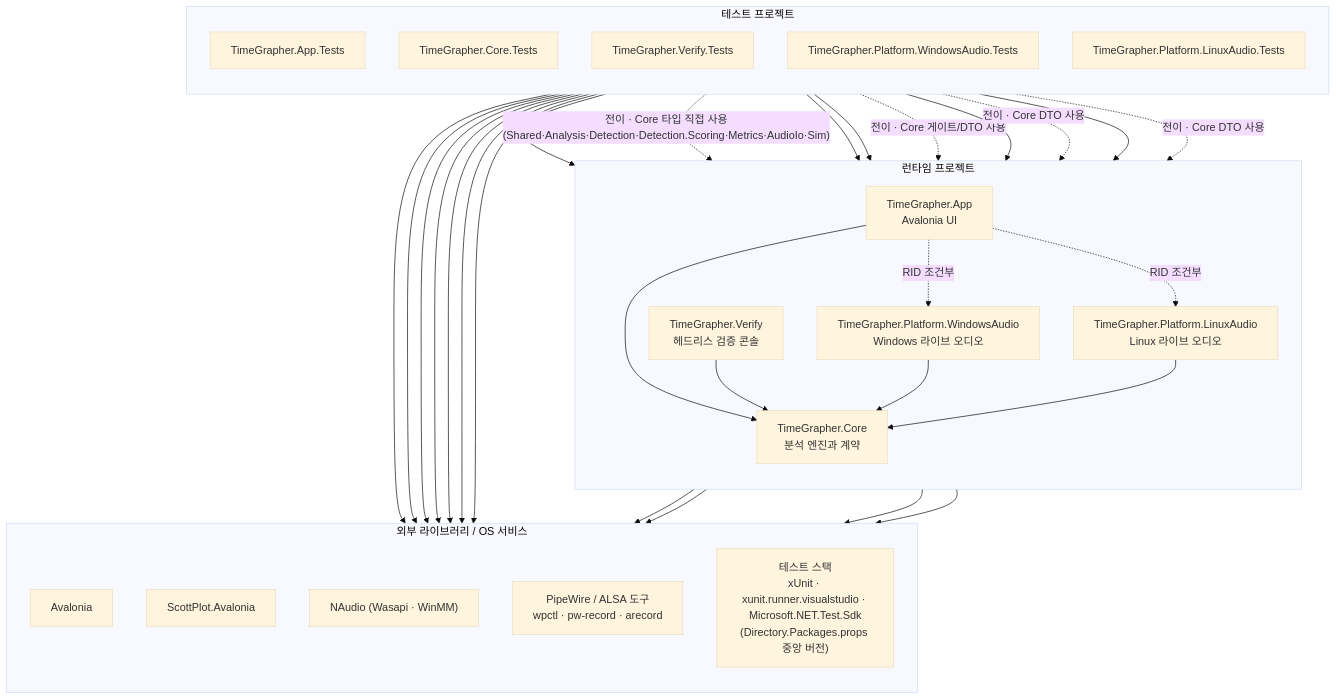
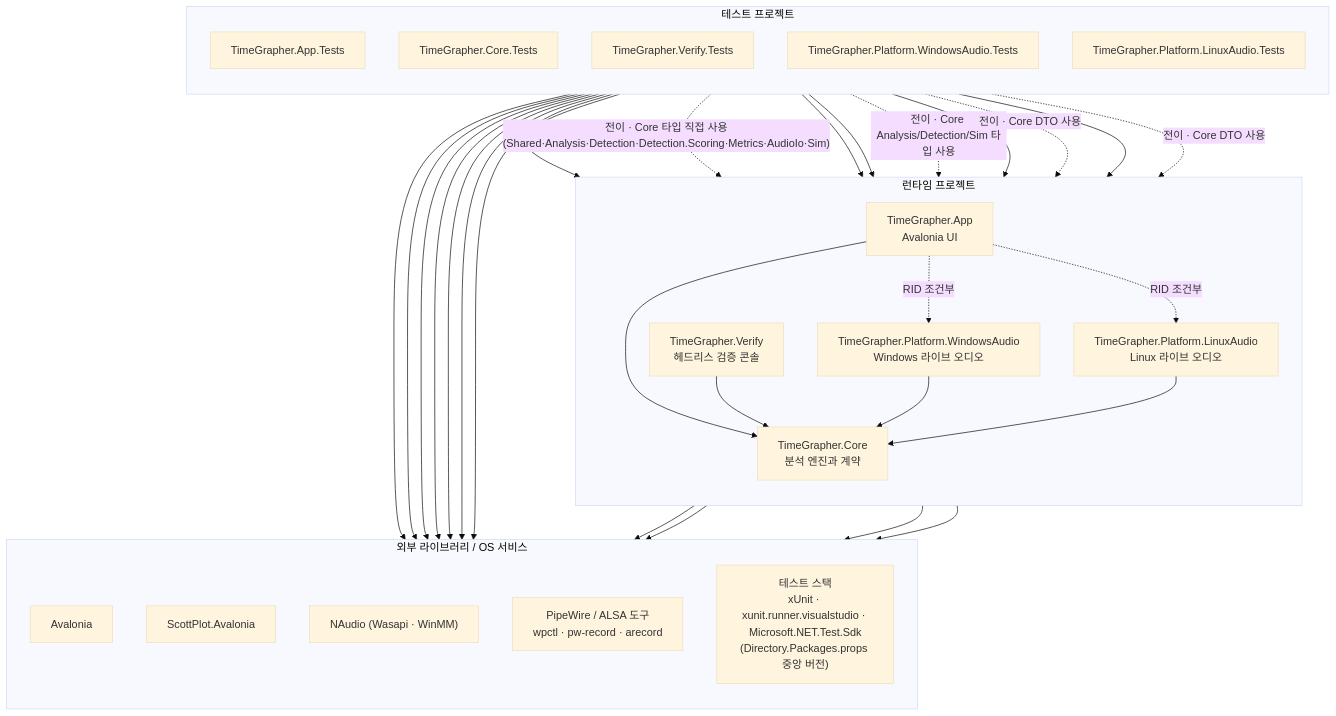
The first of 3 diagrams in docs/for-ai/MODULE_USES_VIEW.md (Jae-hong-5/TimeGrapher-Net), drawn with Mermaid (base theme) before and after one commit. The commit also changed other lines of this file, not shown here.

````diff
--- a/docs/for-ai/MODULE_USES_VIEW.md
+++ b/docs/for-ai/MODULE_USES_VIEW.md
@@ -9,58 +9,58 @@
 ```mermaid
 flowchart TB
     subgraph Runtime["런타임 프로젝트"]
         direction TB
         App["TimeGrapher.App<br/>Avalonia UI"]
         Verify["TimeGrapher.Verify<br/>헤드리스 검증 콘솔"]
         WindowsAudio["TimeGrapher.Platform.WindowsAudio<br/>Windows 라이브 오디오"]
         LinuxAudio["TimeGrapher.Platform.LinuxAudio<br/>Linux 라이브 오디오"]
         Core["TimeGrapher.Core<br/>분석 엔진과 계약"]
     end
 
     subgraph Tests["테스트 프로젝트"]
         direction TB
         AppTests["TimeGrapher.App.Tests"]
         CoreTests["TimeGrapher.Core.Tests"]
         VerifyTests["TimeGrapher.Verify.Tests"]
         WindowsAudioTests["TimeGrapher.Platform.WindowsAudio.Tests"]
         LinuxAudioTests["TimeGrapher.Platform.LinuxAudio.Tests"]
     end
 
     subgraph External["외부 라이브러리 / OS 서비스"]
         direction TB
         Avalonia["Avalonia"]
         ScottPlot["ScottPlot.Avalonia"]
         NAudio["NAudio (Wasapi · WinMM)"]
         LinuxAudioStack["PipeWire / ALSA 도구<br/>wpctl · pw-record · arecord"]
         Xunit["테스트 스택<br/>xUnit · xunit.runner.visualstudio · Microsoft.NET.Test.Sdk<br/>(Directory.Packages.props 중앙 버전)"]
     end
 
     App --> Core
     App -. "RID 조건부" .-> WindowsAudio
     App -. "RID 조건부" .-> LinuxAudio
     Verify --> Core
     WindowsAudio --> Core
     LinuxAudio --> Core
 
     AppTests --> App
     AppTests -. "전이 · Core 타입 직접 사용(Shared·Analysis·Detection·Detection.Scoring·Metrics·AudioIo·Sim)" .-> Core
     CoreTests --> Core
     VerifyTests --> Verify
-    VerifyTests -. "전이 · Core 게이트/DTO 사용" .-> Core
+    VerifyTests -. "전이 · Core Analysis/Detection/Sim 타입 사용" .-> Core
     WindowsAudioTests --> WindowsAudio
     WindowsAudioTests -. "전이 · Core DTO 사용" .-> Core
     LinuxAudioTests --> LinuxAudio
     LinuxAudioTests -. "전이 · Core DTO 사용" .-> Core
 
     App --> Avalonia
     App --> ScottPlot
     WindowsAudio --> NAudio
     LinuxAudio --> LinuxAudioStack
     AppTests --> Avalonia
     AppTests --> ScottPlot
     AppTests --> Xunit
     CoreTests --> Xunit
     VerifyTests --> Xunit
     WindowsAudioTests --> Xunit
     LinuxAudioTests --> Xunit
 ```
````
